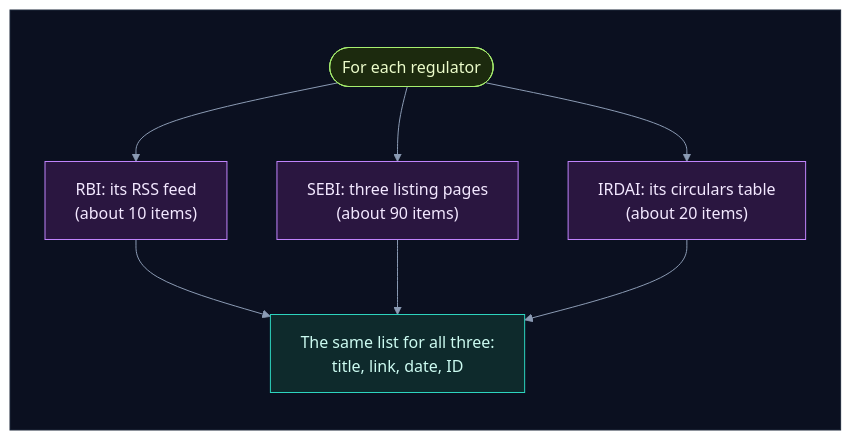
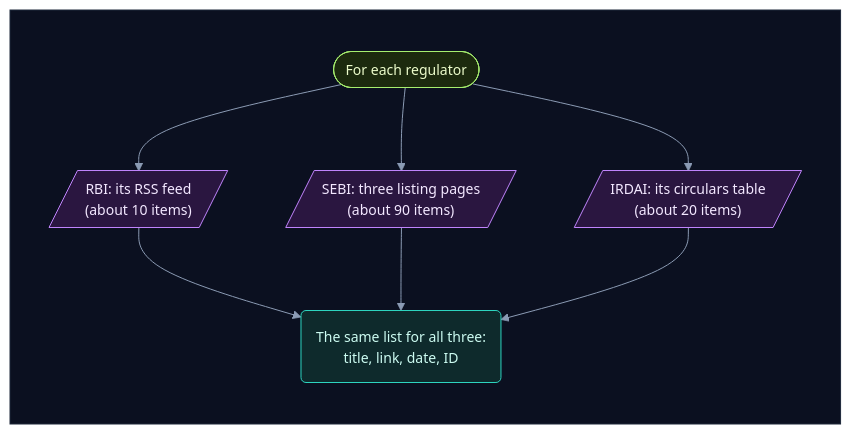
One commit to selvakumarperumal/Regulatory_Circular_Impact_Agent changed the fourth of 18 diagrams in how_the_watcher_works.md. Above: the diagram before and after it, drawn with Mermaid. The commit also changed other lines of this file and 5 other files, not shown here.

Commit message:
Give the docs' flowcharts a shape per kind of part, more room and slightly smaller text

````diff
--- a/how_the_watcher_works.md
+++ b/how_the_watcher_works.md
@@ -189,27 +189,27 @@
 ```mermaid
-%%{init: {"theme": "base", "flowchart": {"diagramPadding": 0}, "themeVariables": {"darkMode": true, "primaryColor": "#16213a", "primaryTextColor": "#e6edf7", "primaryBorderColor": "#475a7a", "lineColor": "#8b9bb4", "secondaryColor": "#1b2436", "tertiaryColor": "#101a2e", "edgeLabelBackground": "#0f172a", "textColor": "#e2e8f0", "clusterBkg": "#0f1728", "clusterBorder": "#2b3a55", "titleColor": "#c4b5fd", "nodeTextColor": "#e6edf7"}}}%%
+%%{init: {"theme": "base", "flowchart": {"diagramPadding": 0, "nodeSpacing": 58, "rankSpacing": 58, "curve": "basis"}, "themeVariables": {"fontSize": "14px", "darkMode": true, "primaryColor": "#16213a", "primaryTextColor": "#e6edf7", "primaryBorderColor": "#475a7a", "lineColor": "#8b9bb4", "secondaryColor": "#1b2436", "tertiaryColor": "#101a2e", "edgeLabelBackground": "#0f172a", "textColor": "#e2e8f0", "clusterBkg": "#0f1728", "clusterBorder": "#2b3a55", "titleColor": "#c4b5fd", "nodeTextColor": "#e6edf7"}}}%%
 flowchart TD
     subgraph canvas[" "]
         direction TB
-        a(["For each regulator"]) --> rbi["RBI: its RSS feed<br/>(about 10 items)"]
-        a --> sebi["SEBI: three listing pages<br/>(about 90 items)"]
-        a --> irdai["IRDAI: its circulars table<br/>(about 20 items)"]
-        rbi --> item["The same list for all three:<br/>title, link, date, ID"]
+        a(["For each regulator"]) --> rbi[/"RBI: its RSS feed<br/>(about 10 items)"/]
+        a --> sebi[/"SEBI: three listing pages<br/>(about 90 items)"/]
+        a --> irdai[/"IRDAI: its circulars table<br/>(about 20 items)"/]
+        rbi --> item("The same list for all three:<br/>title, link, date, ID")
         sebi --> item
         irdai --> item
     end
     classDef svc fill:#0e2a2c,stroke:#2dd4bf,color:#ccfbf1
     classDef data fill:#1c1a47,stroke:#818cf8,color:#e0e7ff
     classDef ext fill:#2a1640,stroke:#c084fc,color:#f3e8ff
     classDef gpu fill:#2d1b0c,stroke:#fb923c,color:#ffedd5
     classDef ask fill:#2a2410,stroke:#fbbf24,color:#fef3c7
     classDef ok fill:#0b2a1c,stroke:#34d399,color:#d1fae5
     classDef bad fill:#2e0f17,stroke:#fb7185,color:#ffe4e6
     classDef start fill:#1c2a0e,stroke:#a7ef6f,color:#ecfccb
     classDef muted fill:#1a2130,stroke:#64748b,color:#cbd5e1
     classDef queue fill:#0c2231,stroke:#38bdf8,color:#e0f2fe
     class a start
     class rbi,sebi,irdai ext
     class item svc
     style canvas fill:#0b1020,stroke:#1e293b,color:#0b1020
 ```
````
